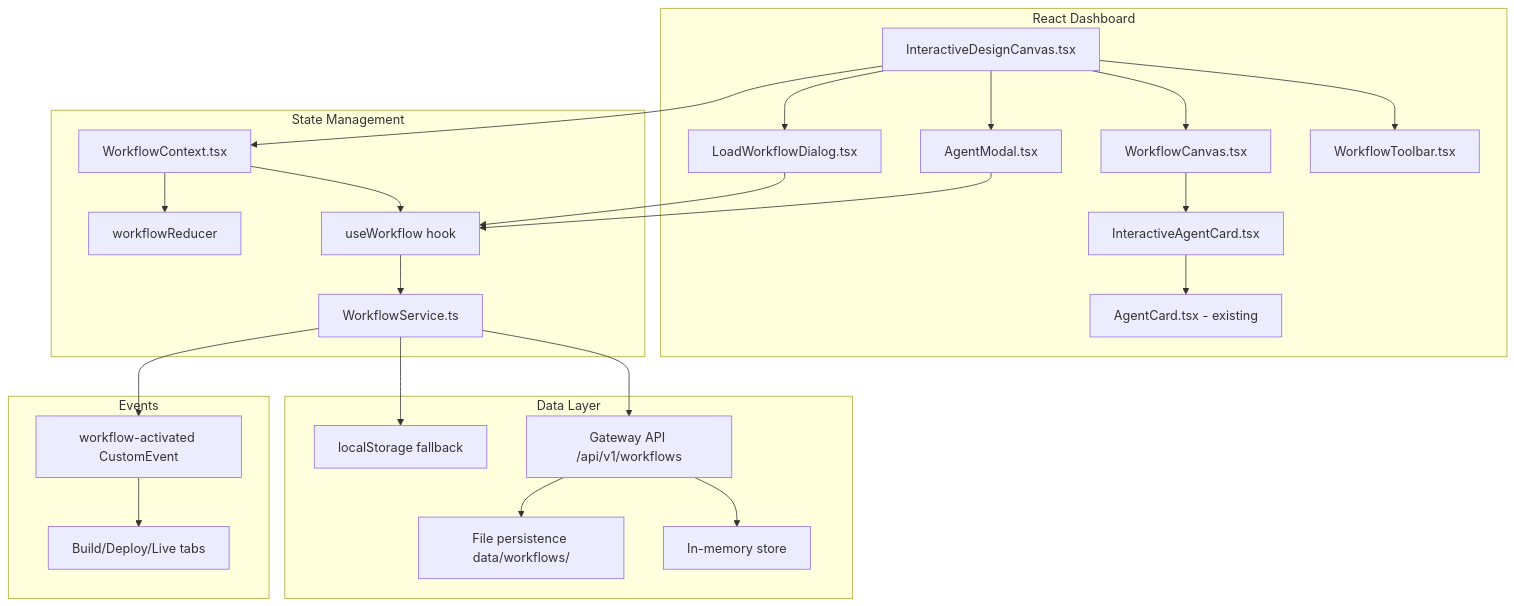
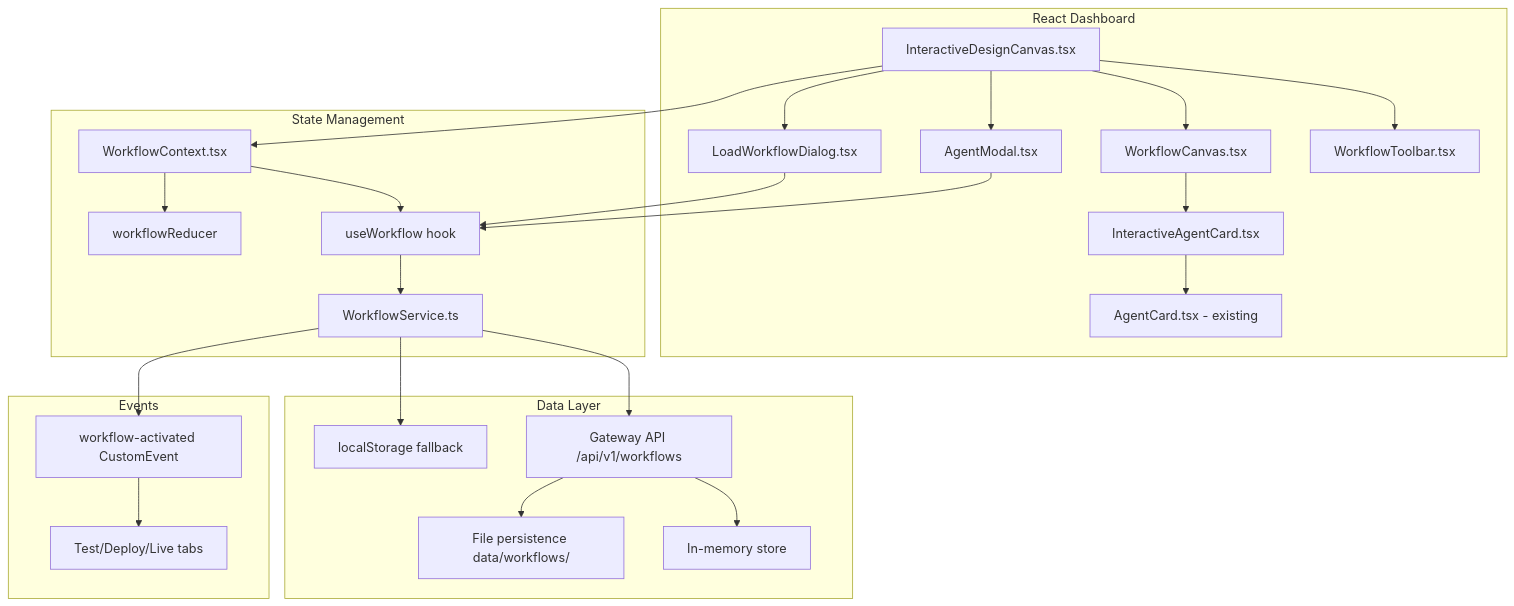
The first of 2 diagrams in contract-agentops-demo/docs/specs/SPEC-InteractiveWorkflowDesigner.md (jnPiyush/AgentOps), drawn with Mermaid before and after one commit. The commit also changed other lines of this file and 6 other files, not shown here.

````diff
--- a/contract-agentops-demo/docs/specs/SPEC-InteractiveWorkflowDesigner.md
+++ b/contract-agentops-demo/docs/specs/SPEC-InteractiveWorkflowDesigner.md
@@ -49,33 +50,33 @@
 ```mermaid
 graph TB
     subgraph "React Dashboard"
         A[InteractiveDesignCanvas.tsx] --> B[WorkflowToolbar.tsx]
         A --> C[WorkflowCanvas.tsx] 
         A --> D[AgentModal.tsx]
         A --> E[LoadWorkflowDialog.tsx]
         C --> F[InteractiveAgentCard.tsx]
         F --> G[AgentCard.tsx - existing]
     end
     
     subgraph "State Management"
         H[WorkflowContext.tsx] --> I[useWorkflow hook]
         H --> J[workflowReducer]
         I --> K[WorkflowService.ts]
     end
     
     subgraph "Data Layer"
         K --> L[Gateway API /api/v1/workflows]
         K --> M[localStorage fallback]
         L --> N[In-memory store]
         L --> O[File persistence data/workflows/]
     end
     
     subgraph "Events"
         K --> P[workflow-activated CustomEvent]
-        P --> Q[Build/Deploy/Live tabs]
+        P --> Q[Test/Deploy/Live tabs]
     end
     
     A --> H
     D --> I
     E --> I
 ```
````
